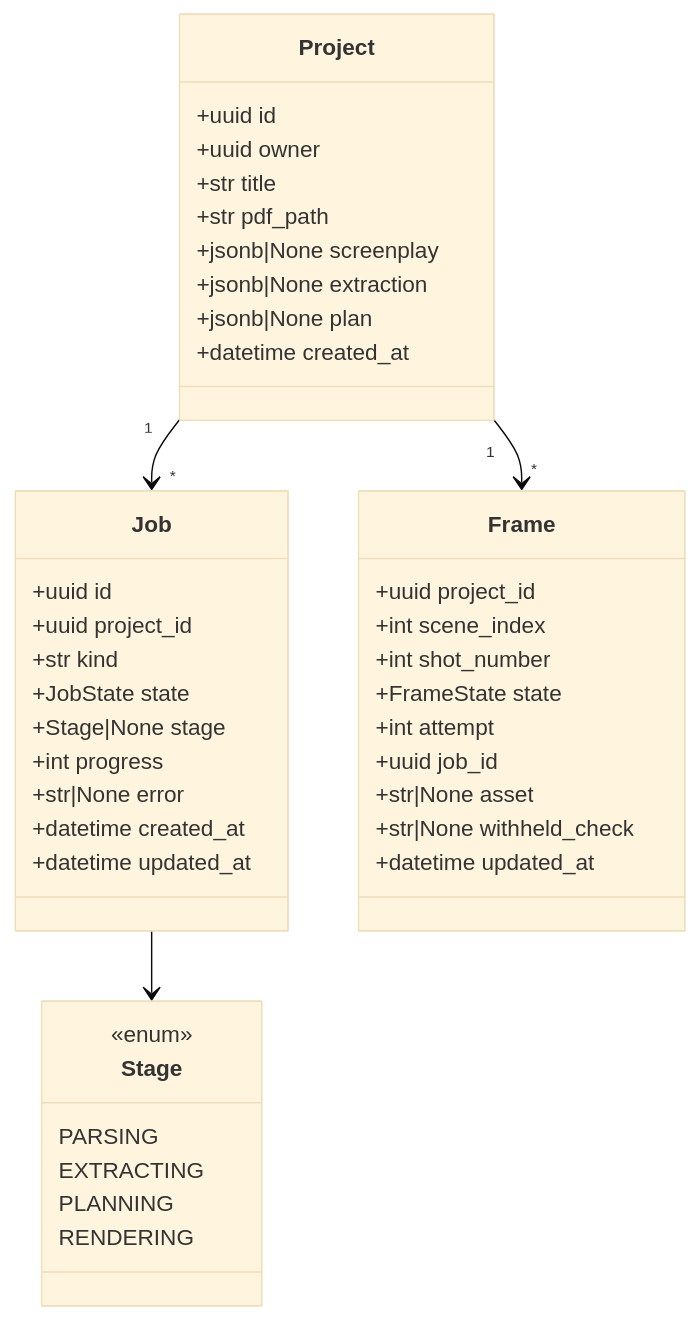
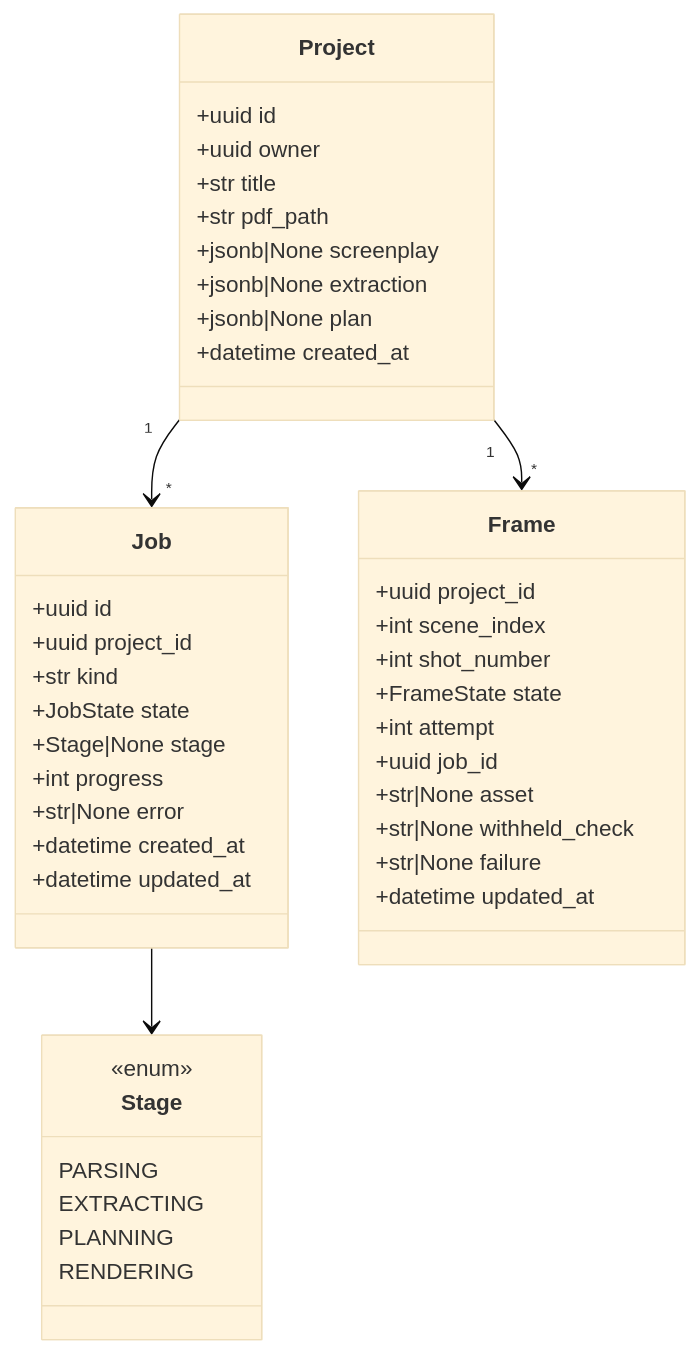
The first of 3 diagrams in docs/design/web.md (Katlego-tech/Panelwise), drawn with Mermaid (base theme) before and after one commit. The commit also changed other lines of this file and 10 other files, not shown here.

````diff
--- a/docs/design/web.md
+++ b/docs/design/web.md
@@ -75,45 +75,46 @@
 ```mermaid
 classDiagram
     class Project {
         +uuid id
         +uuid owner
         +str title
         +str pdf_path
         +jsonb|None screenplay
         +jsonb|None extraction
         +jsonb|None plan
         +datetime created_at
     }
     class Job {
         +uuid id
         +uuid project_id
         +str kind
         +JobState state
         +Stage|None stage
         +int progress
         +str|None error
         +datetime created_at
         +datetime updated_at
     }
     class Stage {
         <<enum>>
         PARSING
         EXTRACTING
         PLANNING
         RENDERING
     }
     class Frame {
         +uuid project_id
         +int scene_index
         +int shot_number
         +FrameState state
         +int attempt
         +uuid job_id
         +str|None asset
         +str|None withheld_check
+        +str|None failure
         +datetime updated_at
     }
     Project "1" --> "*" Job
     Project "1" --> "*" Frame
     Job --> Stage
 ```
````
